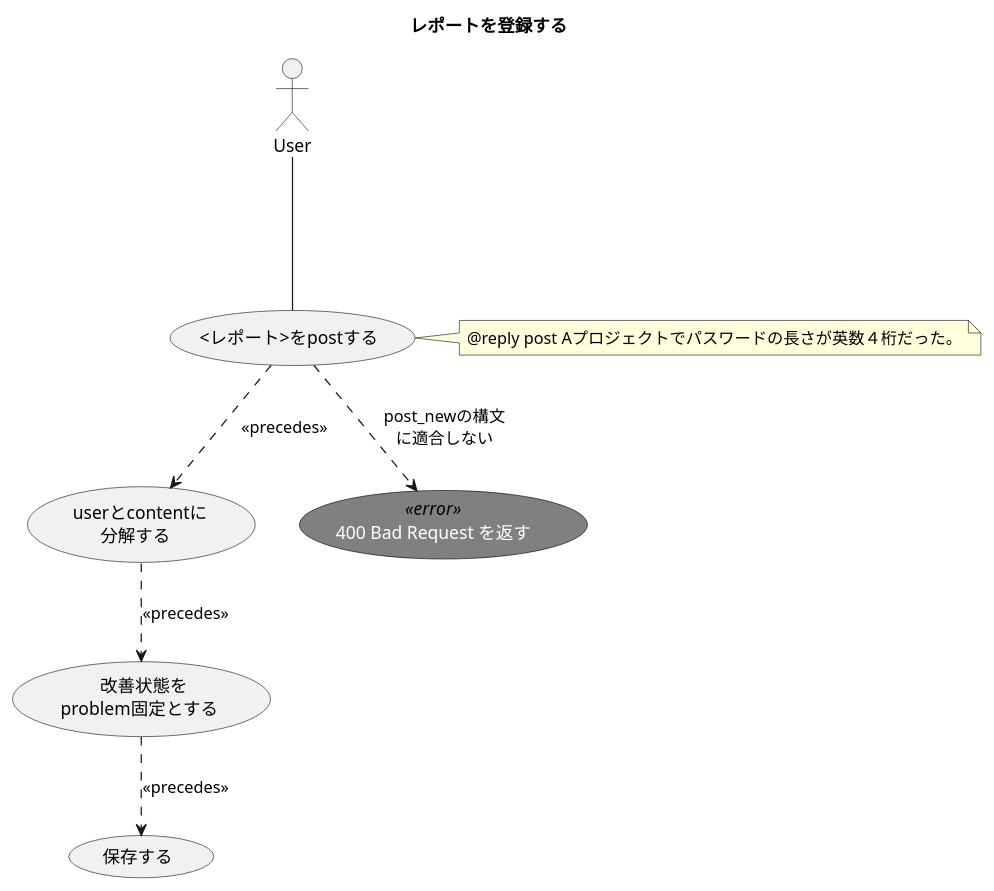
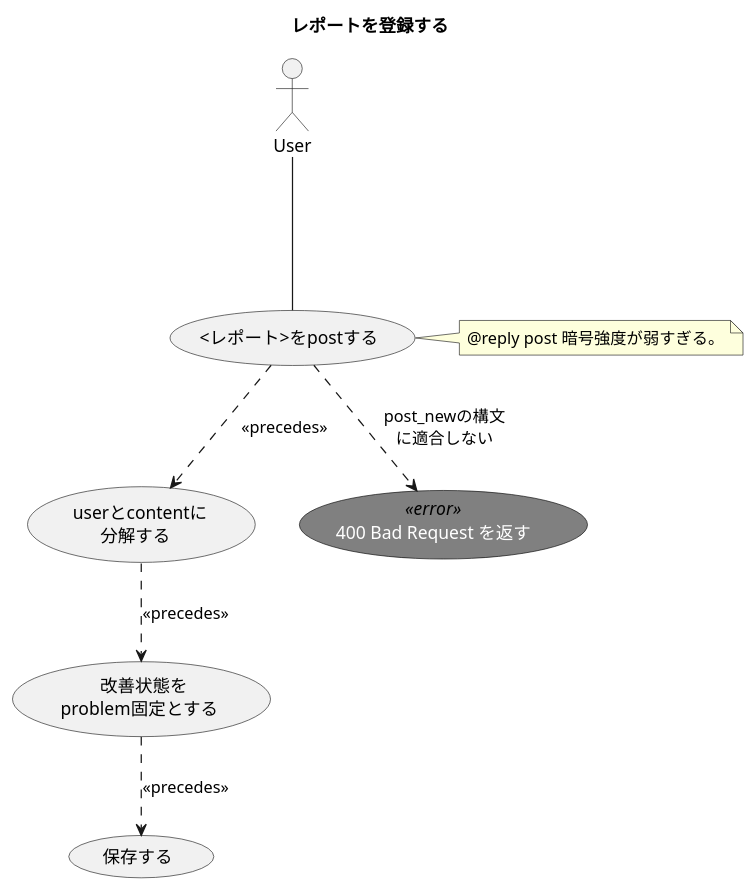
One commit to ito-masam/kpt-guard.doc changed the diagram in 1.design/2.usecases/post-report-new.md. Above: the diagram before and after it, drawn with PlantUML. The commit also changed 9 other files, not shown here.

```diff
--- a/1.design/2.usecases/post-report-new.md
+++ b/1.design/2.usecases/post-report-new.md
@@ -1,29 +1,29 @@
 @startuml
 
     ' ----------- meta
     title レポートを登録する
 
     skinparam usecase {
       FontColor<<error>> white
       FontName<<error>> Verdana
       BackgroundColor<<error>> gray
       BorderColor<<error>> black
     }
 
     actor User
 
     ' ----------- main
     User --- ( <レポート>をpostする )
     ( <レポート>をpostする ) ..> ( userとcontentに\n分解する ) : << precedes >>
     ( userとcontentに\n分解する ) ..> ( 改善状態を\nproblem固定とする ) : << precedes >>
     ( 改善状態を\nproblem固定とする ) ..> ( 保存する ) : << precedes >>
 
     note right of ( <レポート>をpostする )
-      @reply post Aプロジェクトでパスワードの長さが英数４桁だった。
+      @reply post 暗号強度が弱すぎる。
     end note
 
     ' ----------- alternative
     ( 400 Bad Request を返す ) <<error>>
     ( <レポート>をpostする ) ..> ( 400 Bad Request を返す ) : post_newの構文\nに適合しない
 
 @enduml
```
